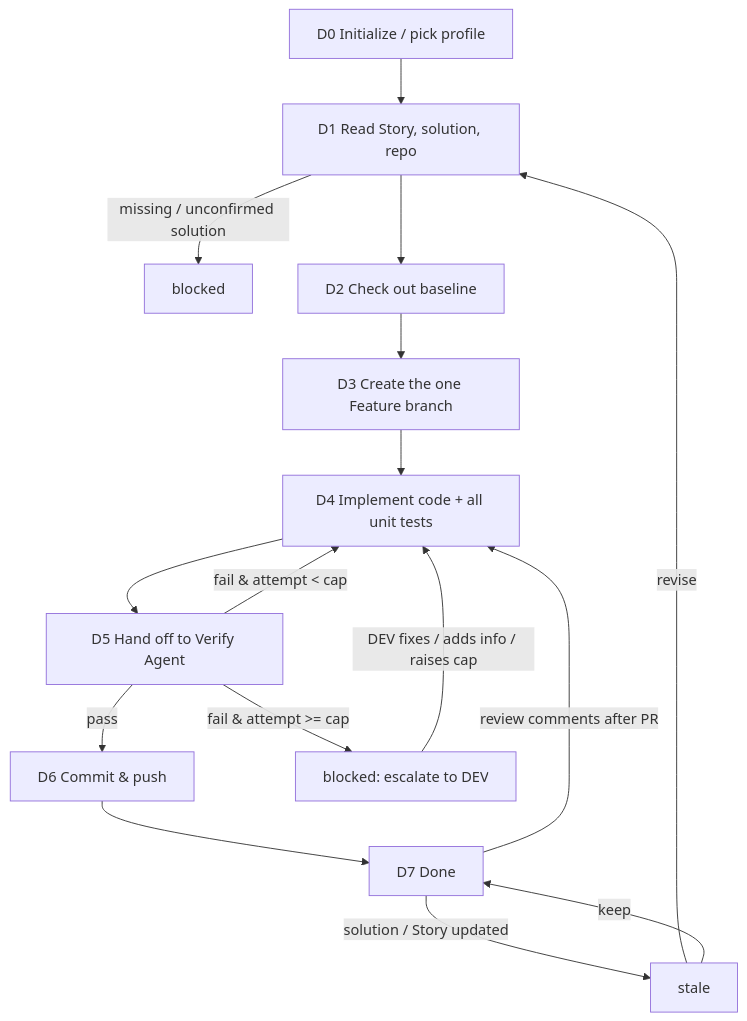
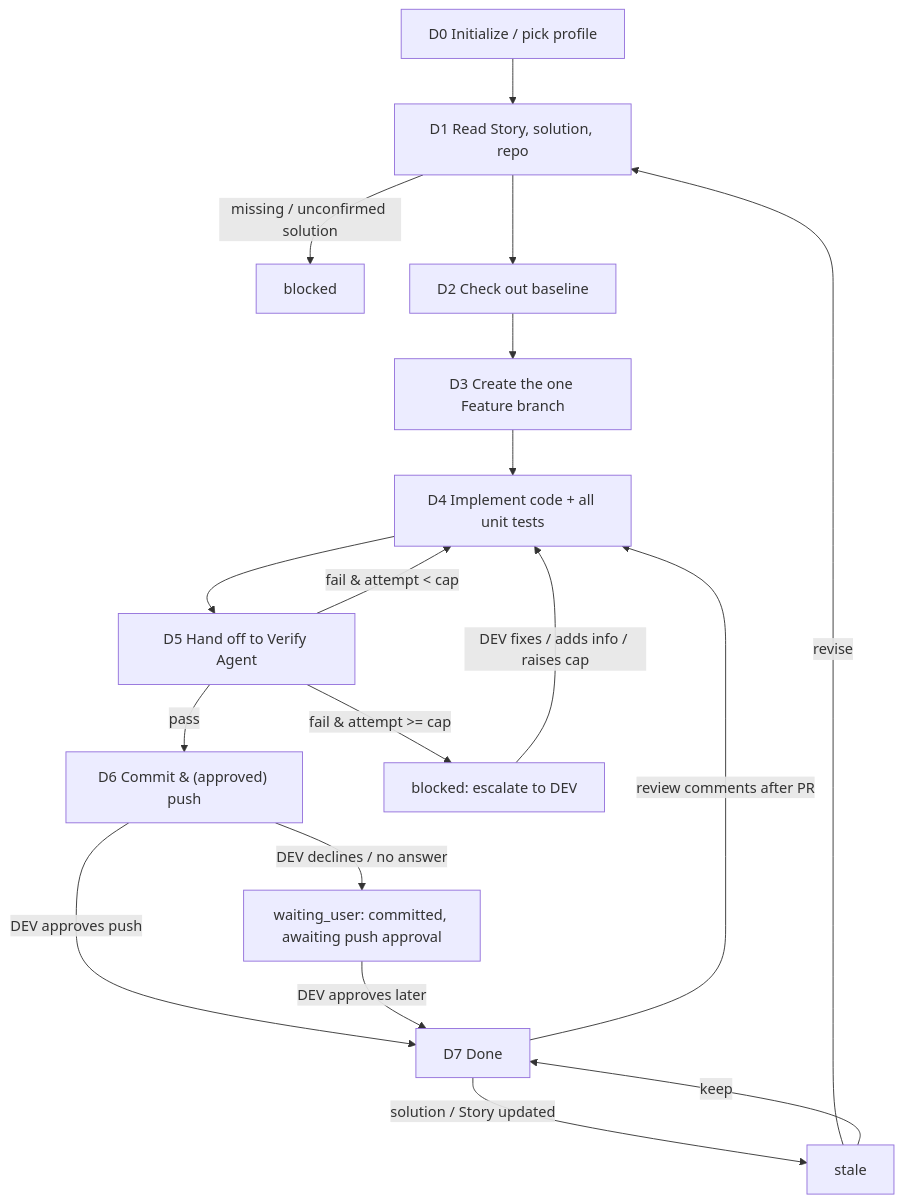
Before and after one commit to mjz-kevin/marriott: the diagram in .cursor/agents/dev-agent.md, drawn with Mermaid. The commit also changed other lines of this file, not shown here.

````diff
--- a/.cursor/agents/dev-agent.md
+++ b/.cursor/agents/dev-agent.md
@@ -207,18 +207,20 @@
 ```mermaid
 flowchart TD
     D0["D0 Initialize / pick profile"] --> D1["D1 Read Story, solution, repo"]
     D1 -->|"missing / unconfirmed solution"| B["blocked"]
     D1 --> D2["D2 Check out baseline"]
     D2 --> D3["D3 Create the one Feature branch"]
     D3 --> D4["D4 Implement code + all unit tests"]
     D4 --> D5["D5 Hand off to Verify Agent"]
-    D5 -->|"pass"| D6["D6 Commit & push"]
+    D5 -->|"pass"| D6["D6 Commit & (approved) push"]
     D5 -->|"fail & attempt < cap"| D4
     D5 -->|"fail & attempt >= cap"| ESC["blocked: escalate to DEV"]
     ESC -->|"DEV fixes / adds info / raises cap"| D4
-    D6 --> D7["D7 Done"]
+    D6 -->|"DEV approves push"| D7["D7 Done"]
+    D6 -->|"DEV declines / no answer"| WP["waiting_user: committed, awaiting push approval"]
+    WP -->|"DEV approves later"| D7
     D7 -->|"solution / Story updated"| ST["stale"]
     ST -->|"revise"| D1
     ST -->|"keep"| D7
     D7 -->|"review comments after PR"| D4
 ```
````
